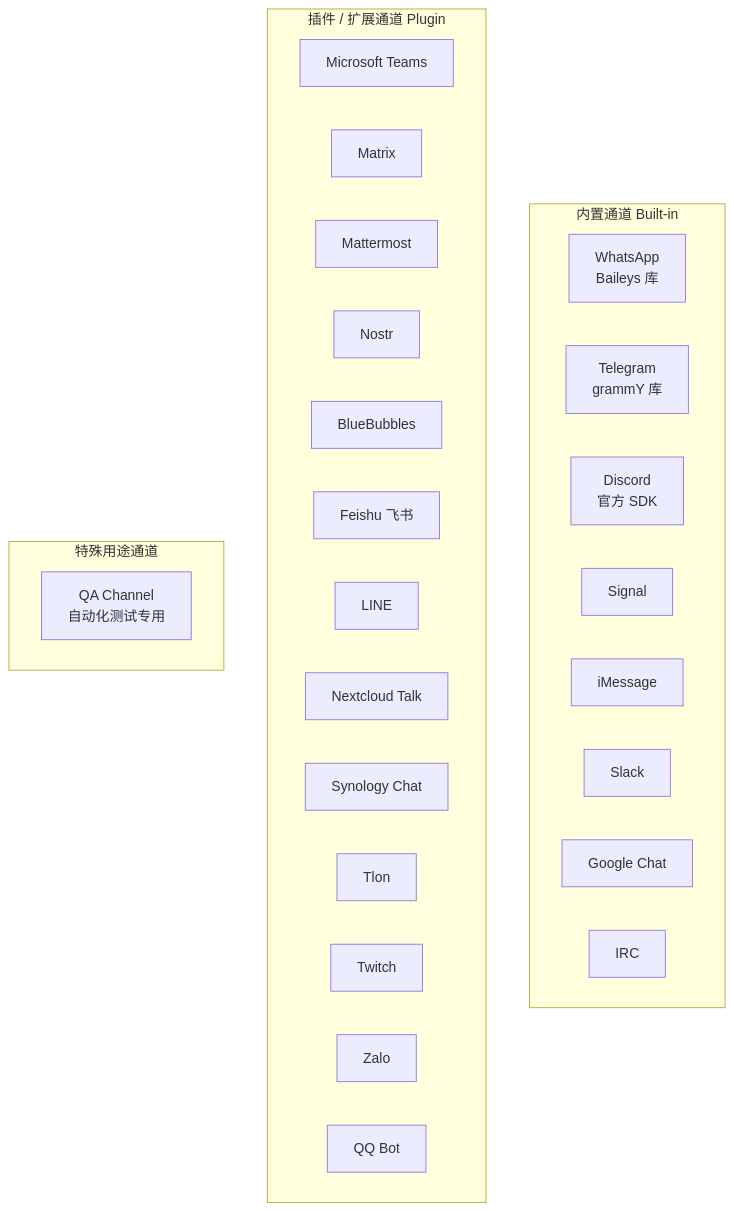
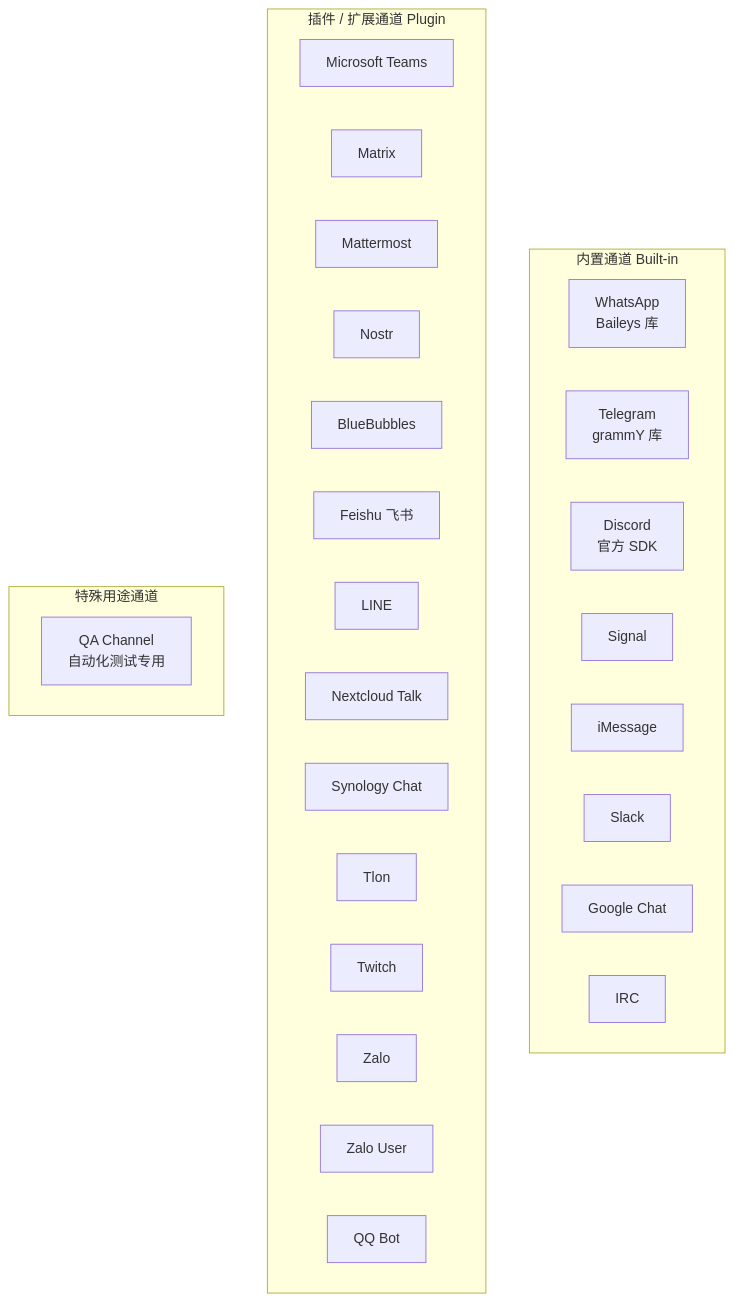
One commit to Cleam/openclaw changed the first of 5 diagrams in learn/06-channels.md. Above: the diagram before and after it, drawn with Mermaid. The commit also changed 6 other files, not shown here.

````diff
--- a/learn/06-channels.md
+++ b/learn/06-channels.md
@@ -11,33 +11,34 @@
 ```mermaid
 flowchart TB
     subgraph 内置通道 Built-in
         WA[WhatsApp<br/>Baileys 库]
         TG[Telegram<br/>grammY 库]
         DC[Discord<br/>官方 SDK]
         SG[Signal]
         IM[iMessage]
         SL[Slack]
         GC[Google Chat]
         IR[IRC]
     end
 
     subgraph 插件 / 扩展通道 Plugin
         MT[Microsoft Teams]
         MX[Matrix]
         MM[Mattermost]
         NO[Nostr]
         BB[BlueBubbles]
         FE[Feishu 飞书]
         LN[LINE]
         NC[Nextcloud Talk]
         SC[Synology Chat]
         TL[Tlon]
         TW[Twitch]
         ZA[Zalo]
+        ZU[Zalo User]
         QQ[QQ Bot]
     end
 
     subgraph 特殊用途通道
         QA[QA Channel<br/>自动化测试专用]
     end
 ```
````
